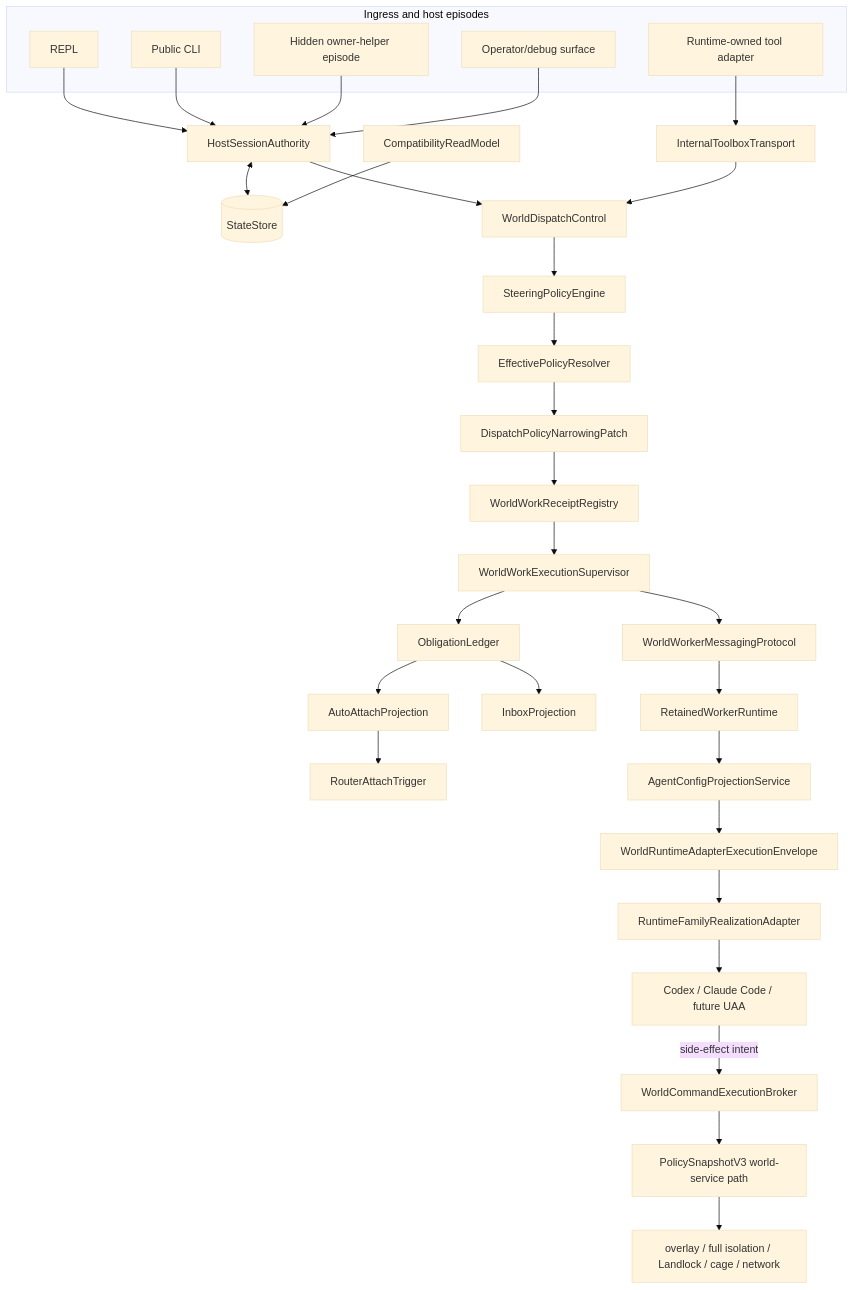
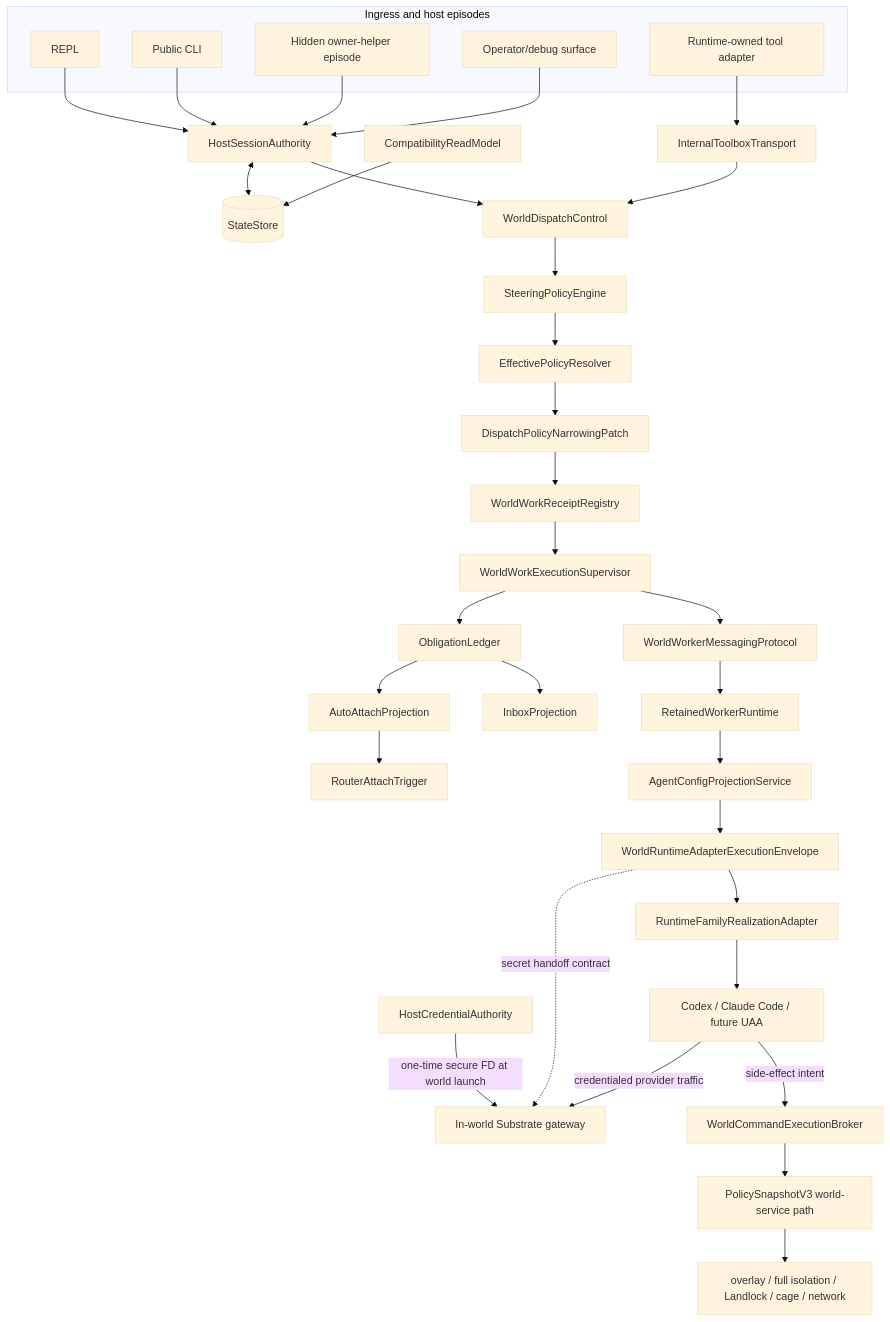
One commit to atomize-hq/substrate changed the diagram in llm-last-mile/runtime-refactor/01-target-architecture.md. Above: the diagram before and after it, drawn with Mermaid (base theme). The commit also changed other lines of this file and 6 other files, not shown here.

Commit message:
Document secure credential handoff for runtime refactor

````diff
--- a/llm-last-mile/runtime-refactor/01-target-architecture.md
+++ b/llm-last-mile/runtime-refactor/01-target-architecture.md
@@ -9,41 +9,44 @@
 ```mermaid
 flowchart TD
     subgraph I["Ingress and host episodes"]
       R["REPL"]
       C["Public CLI"]
       H["Hidden owner-helper episode"]
       T["Runtime-owned tool adapter"]
       O["Operator/debug surface"]
     end
 
     R --> A
     C --> A
     H --> A
     O --> A
     T --> ITT
 
     A["HostSessionAuthority"] <--> S[("StateStore")]
     CRM["CompatibilityReadModel"] --> S
     A --> WDC["WorldDispatchControl"]
     ITT["InternalToolboxTransport"] --> WDC
 
     WDC --> SPE["SteeringPolicyEngine"]
     SPE --> EPR["EffectivePolicyResolver"]
     EPR --> DPN["DispatchPolicyNarrowingPatch"]
     DPN --> WRR["WorldWorkReceiptRegistry"]
     WRR --> SUP["WorldWorkExecutionSupervisor"]
     SUP --> MSG["WorldWorkerMessagingProtocol"]
     MSG --> RWR["RetainedWorkerRuntime"]
     SUP --> OBL["ObligationLedger"]
     OBL --> INBOX["InboxProjection"]
     OBL --> AUTO["AutoAttachProjection"]
     AUTO --> ROUTER["RouterAttachTrigger"]
 
     RWR --> ACP["AgentConfigProjectionService"]
     ACP --> ENV["WorldRuntimeAdapterExecutionEnvelope"]
     ENV --> RFA["RuntimeFamilyRealizationAdapter"]
     RFA --> UAA["Codex / Claude Code / future UAA"]
+    HCA["HostCredentialAuthority"] -->|"one-time secure FD at world launch"| GW["In-world Substrate gateway"]
+    ENV -.->|"secret handoff contract"| GW
+    UAA -->|"credentialed provider traffic"| GW
     UAA -->|"side-effect intent"| BROKER["WorldCommandExecutionBroker"]
     BROKER --> WSE["PolicySnapshotV3 world-service path"]
     WSE --> ENF["overlay / full isolation / Landlock / cage / network"]
 ```
````
